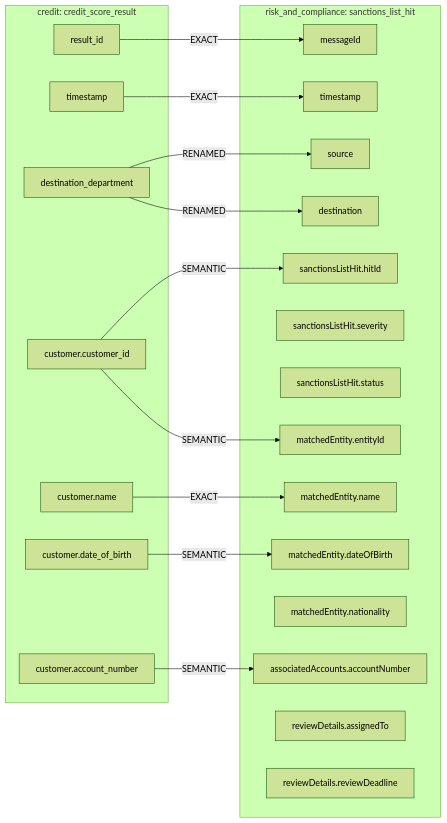
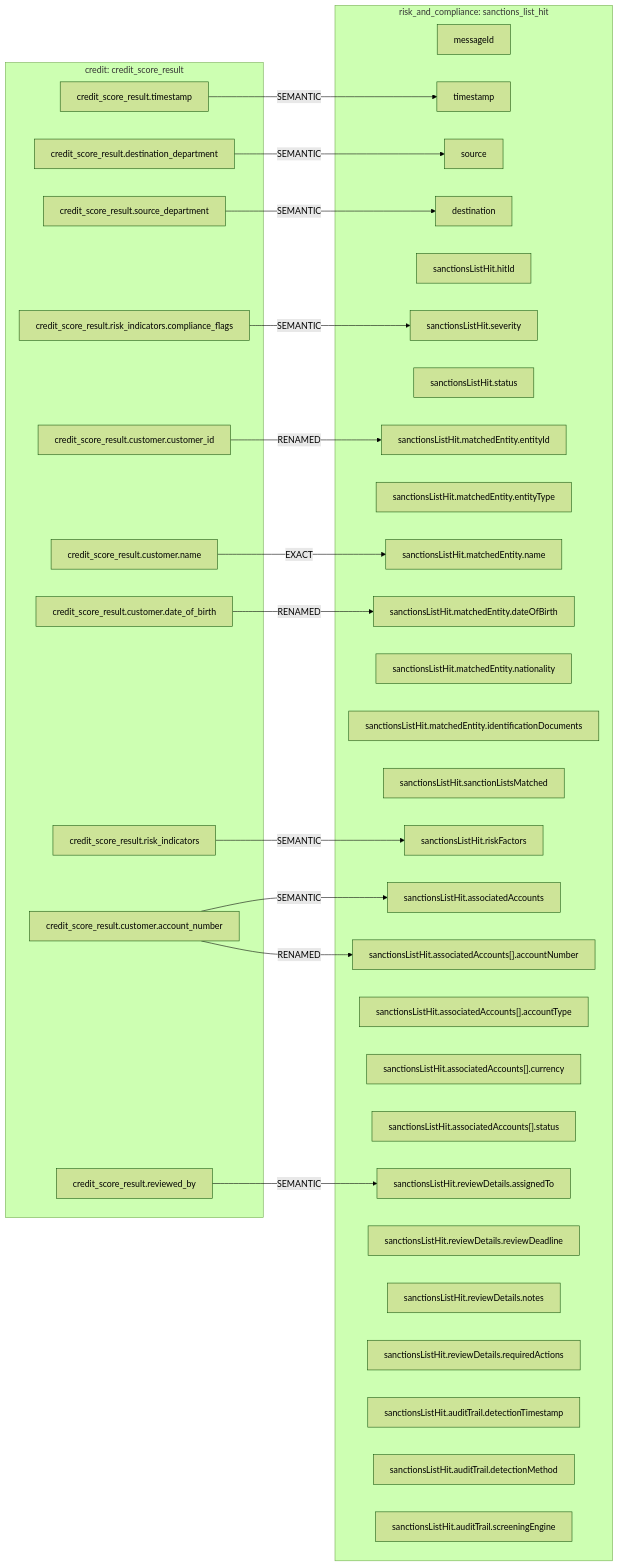
Before and after one commit to MAKWilkinson/HSBC-Data-Fabric-PoC-v2: the diagram in mermaids/risk_and_compliance/credit/sanctions_list_hit__from__credit__credit_score_result.mmd, drawn with Mermaid (forest theme). The commit also changed 447 other files, not shown here.

```diff
--- a/mermaids/risk_and_compliance/credit/sanctions_list_hit__from__credit__credit_score_result.mmd
+++ b/mermaids/risk_and_compliance/credit/sanctions_list_hit__from__credit__credit_score_result.mmd
@@ -1,35 +1,53 @@
 flowchart LR
   subgraph IN["credit: credit_score_result"]
-    in_result_id["result_id"]
-    in_timestamp["timestamp"]
-    in_destination_department["destination_department"]
-    in_customer_customer_id["customer.customer_id"]
-    in_customer_name["customer.name"]
-    in_customer_date_of_birth["customer.date_of_birth"]
-    in_customer_account_number["customer.account_number"]
+    in_credit_score_result_timestamp["credit_score_result.timestamp"]
+    in_credit_score_result_destination_department["credit_score_result.destination_department"]
+    in_credit_score_result_source_department["credit_score_result.source_department"]
+    in_credit_score_result_risk_indicators_compliance_flags["credit_score_result.risk_indicators.compliance_flags"]
+    in_credit_score_result_customer_customer_id["credit_score_result.customer.customer_id"]
+    in_credit_score_result_customer_name["credit_score_result.customer.name"]
+    in_credit_score_result_customer_date_of_birth["credit_score_result.customer.date_of_birth"]
+    in_credit_score_result_risk_indicators["credit_score_result.risk_indicators"]
+    in_credit_score_result_customer_account_number["credit_score_result.customer.account_number"]
+    in_credit_score_result_reviewed_by["credit_score_result.reviewed_by"]
   end
   subgraph OUT["risk_and_compliance: sanctions_list_hit"]
     out_messageId["messageId"]
     out_timestamp["timestamp"]
     out_source["source"]
     out_destination["destination"]
     out_sanctionsListHit_hitId["sanctionsListHit.hitId"]
     out_sanctionsListHit_severity["sanctionsListHit.severity"]
     out_sanctionsListHit_status["sanctionsListHit.status"]
-    out_matchedEntity_entityId["matchedEntity.entityId"]
-    out_matchedEntity_name["matchedEntity.name"]
-    out_matchedEntity_dateOfBirth["matchedEntity.dateOfBirth"]
-    out_matchedEntity_nationality["matchedEntity.nationality"]
-    out_associatedAccounts_accountNumber["associatedAccounts.accountNumber"]
-    out_reviewDetails_assignedTo["reviewDetails.assignedTo"]
-    out_reviewDetails_reviewDeadline["reviewDetails.reviewDeadline"]
+    out_sanctionsListHit_matchedEntity_entityId["sanctionsListHit.matchedEntity.entityId"]
+    out_sanctionsListHit_matchedEntity_entityType["sanctionsListHit.matchedEntity.entityType"]
+    out_sanctionsListHit_matchedEntity_name["sanctionsListHit.matchedEntity.name"]
+    out_sanctionsListHit_matchedEntity_dateOfBirth["sanctionsListHit.matchedEntity.dateOfBirth"]
+    out_sanctionsListHit_matchedEntity_nationality["sanctionsListHit.matchedEntity.nationality"]
+    out_sanctionsListHit_matchedEntity_identificationDocuments["sanctionsListHit.matchedEntity.identificationDocuments"]
+    out_sanctionsListHit_sanctionListsMatched["sanctionsListHit.sanctionListsMatched"]
+    out_sanctionsListHit_riskFactors["sanctionsListHit.riskFactors"]
+    out_sanctionsListHit_associatedAccounts["sanctionsListHit.associatedAccounts"]
+    out_sanctionsListHit_associatedAccounts___accountNumber["sanctionsListHit.associatedAccounts[].accountNumber"]
+    out_sanctionsListHit_associatedAccounts___accountType["sanctionsListHit.associatedAccounts[].accountType"]
+    out_sanctionsListHit_associatedAccounts___currency["sanctionsListHit.associatedAccounts[].currency"]
+    out_sanctionsListHit_associatedAccounts___status["sanctionsListHit.associatedAccounts[].status"]
+    out_sanctionsListHit_reviewDetails_assignedTo["sanctionsListHit.reviewDetails.assignedTo"]
+    out_sanctionsListHit_reviewDetails_reviewDeadline["sanctionsListHit.reviewDetails.reviewDeadline"]
+    out_sanctionsListHit_reviewDetails_notes["sanctionsListHit.reviewDetails.notes"]
+    out_sanctionsListHit_reviewDetails_requiredActions["sanctionsListHit.reviewDetails.requiredActions"]
+    out_sanctionsListHit_auditTrail_detectionTimestamp["sanctionsListHit.auditTrail.detectionTimestamp"]
+    out_sanctionsListHit_auditTrail_detectionMethod["sanctionsListHit.auditTrail.detectionMethod"]
+    out_sanctionsListHit_auditTrail_screeningEngine["sanctionsListHit.auditTrail.screeningEngine"]
   end
-  in_result_id -->|EXACT| out_messageId
-  in_timestamp -->|EXACT| out_timestamp
-  in_destination_department -->|RENAMED| out_source
-  in_destination_department -->|RENAMED| out_destination
-  in_customer_customer_id -->|SEMANTIC| out_sanctionsListHit_hitId
-  in_customer_customer_id -->|SEMANTIC| out_matchedEntity_entityId
-  in_customer_name -->|EXACT| out_matchedEntity_name
-  in_customer_date_of_birth -->|SEMANTIC| out_matchedEntity_dateOfBirth
-  in_customer_account_number -->|SEMANTIC| out_associatedAccounts_accountNumber
+  in_credit_score_result_timestamp -->|SEMANTIC| out_timestamp
+  in_credit_score_result_destination_department -->|SEMANTIC| out_source
+  in_credit_score_result_source_department -->|SEMANTIC| out_destination
+  in_credit_score_result_risk_indicators_compliance_flags -->|SEMANTIC| out_sanctionsListHit_severity
+  in_credit_score_result_customer_customer_id -->|RENAMED| out_sanctionsListHit_matchedEntity_entityId
+  in_credit_score_result_customer_name -->|EXACT| out_sanctionsListHit_matchedEntity_name
+  in_credit_score_result_customer_date_of_birth -->|RENAMED| out_sanctionsListHit_matchedEntity_dateOfBirth
+  in_credit_score_result_risk_indicators -->|SEMANTIC| out_sanctionsListHit_riskFactors
+  in_credit_score_result_customer_account_number -->|SEMANTIC| out_sanctionsListHit_associatedAccounts
+  in_credit_score_result_customer_account_number -->|RENAMED| out_sanctionsListHit_associatedAccounts___accountNumber
+  in_credit_score_result_reviewed_by -->|SEMANTIC| out_sanctionsListHit_reviewDetails_assignedTo
```
